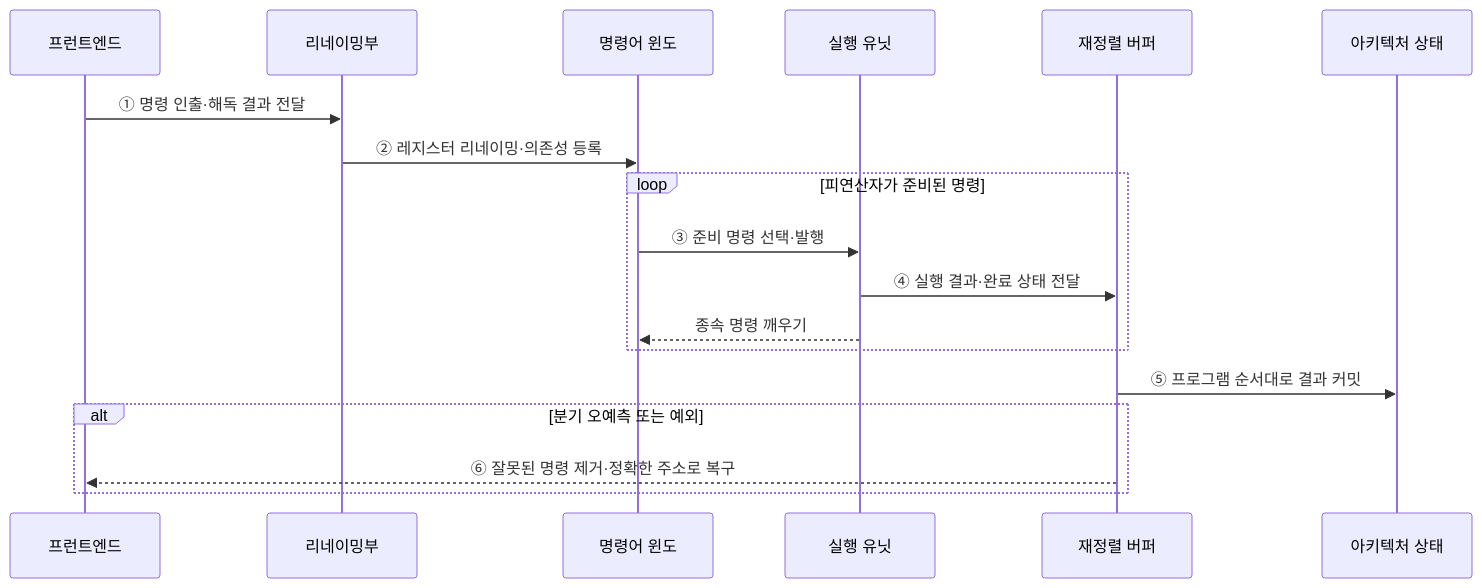
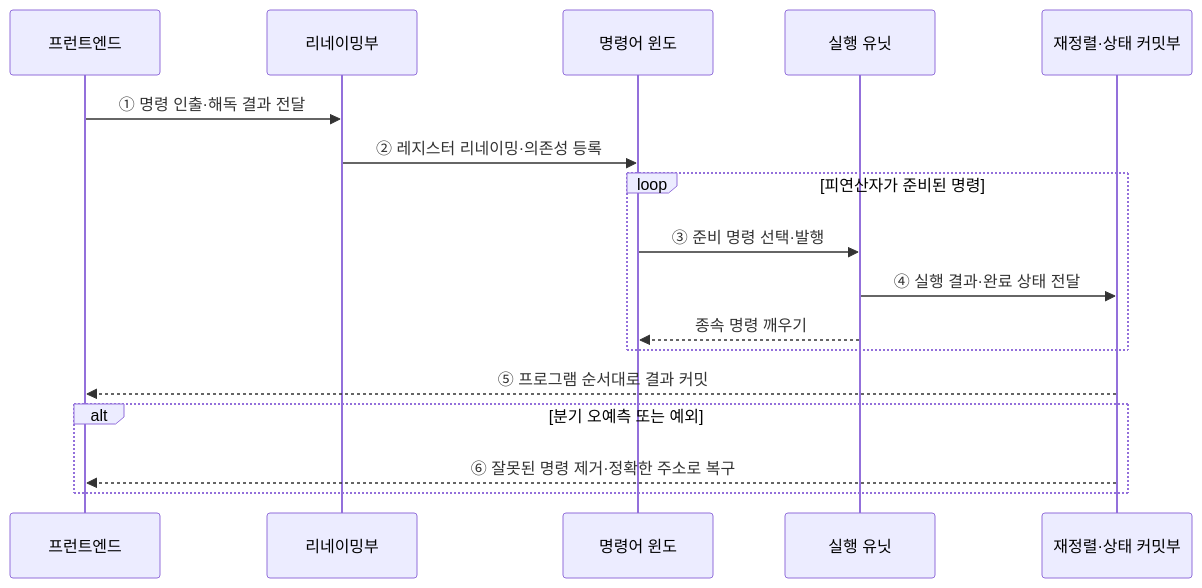
Before and after one commit to agnusdei1207/knowledge-base: the second of 2 diagrams in src/content/docs/notes/02-hardware/009_instruction_level_parallelism.md, drawn with Mermaid. The commit also changed other lines of this file and 20 other files, not shown here.

````diff
--- a/src/content/docs/notes/02-hardware/009_instruction_level_parallelism.md
+++ b/src/content/docs/notes/02-hardware/009_instruction_level_parallelism.md
@@ -99,21 +89,20 @@
 ```mermaid
 sequenceDiagram
     participant F as 프런트엔드
     participant N as 리네이밍부
     participant W as 명령어 윈도
     participant E as 실행 유닛
-    participant R as 재정렬 버퍼
-    participant A as 아키텍처 상태
+    participant C as 재정렬·상태 커밋부
 
     F->>N: ① 명령 인출·해독 결과 전달
     N->>W: ② 레지스터 리네이밍·의존성 등록
     loop 피연산자가 준비된 명령
         W->>E: ③ 준비 명령 선택·발행
-        E->>R: ④ 실행 결과·완료 상태 전달
+        E->>C: ④ 실행 결과·완료 상태 전달
         E-->>W: 종속 명령 깨우기
     end
-    R->>A: ⑤ 프로그램 순서대로 결과 커밋
+    C-->>F: ⑤ 프로그램 순서대로 결과 커밋
     alt 분기 오예측 또는 예외
-        R-->>F: ⑥ 잘못된 명령 제거·정확한 주소로 복구
+        C-->>F: ⑥ 잘못된 명령 제거·정확한 주소로 복구
     end
 ```
````
